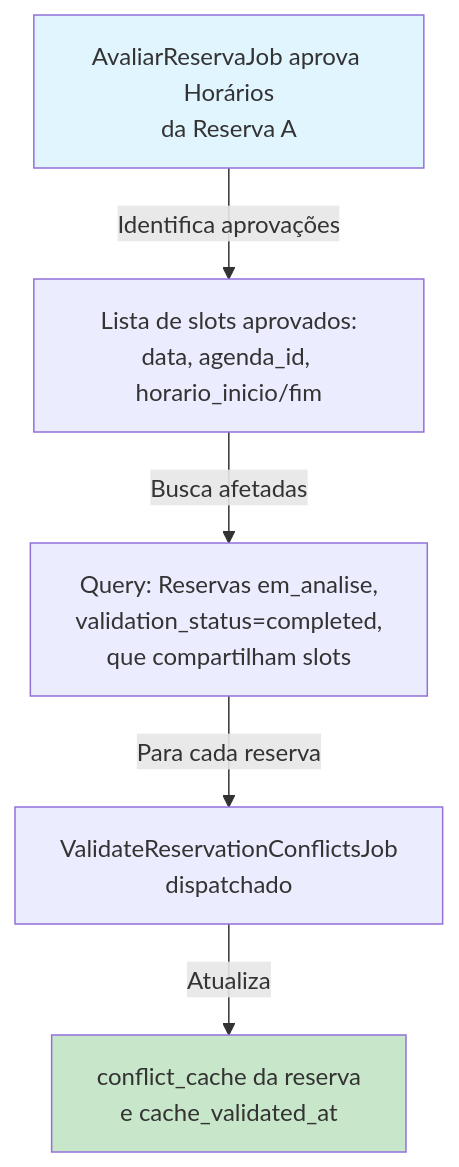
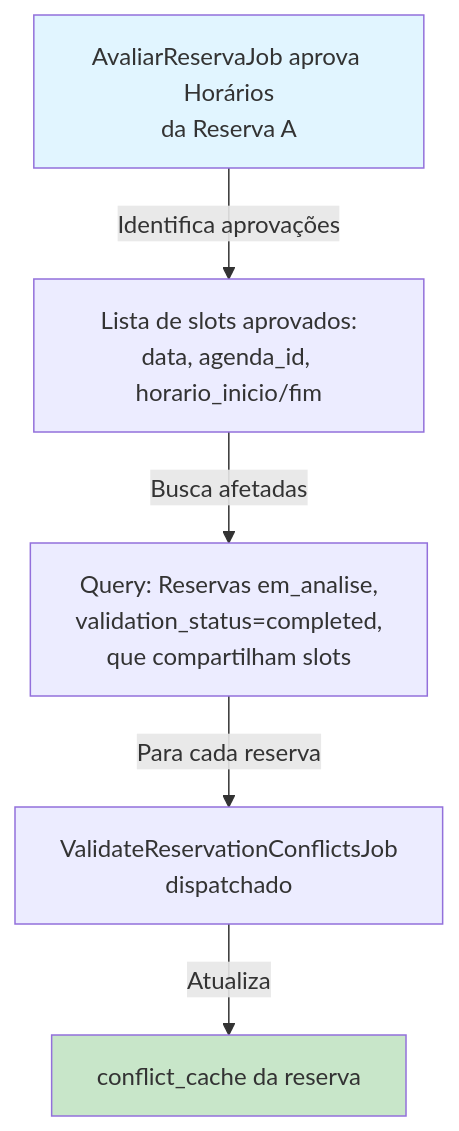
The eighth of 14 diagrams in docs/core-workflow-report.md (uniespacos/uniespacos), drawn with Mermaid before and after one commit. The commit also changed other lines of this file and 7 other files, not shown here.

````diff
--- a/docs/core-workflow-report.md
+++ b/docs/core-workflow-report.md
@@ -383,10 +380,10 @@
 ```mermaid
 graph TD
     A["AvaliarReservaJob aprova Horários\nda Reserva A"] -->|Identifica aprovações| B["Lista de slots aprovados:\ndata, agenda_id, horario_inicio/fim"]
     B -->|Busca afetadas| C["Query: Reservas em_analise,\nvalidation_status=completed,\nque compartilham slots"]
     C -->|Para cada reserva| D["ValidateReservationConflictsJob\ndispatchado"]
-    D -->|Atualiza| E["conflict_cache da reserva\ne cache_validated_at"]
+    D -->|Atualiza| E["conflict_cache da reserva"]
     
     style A fill:#e1f5ff
     style E fill:#c8e6c9
 ```
````
